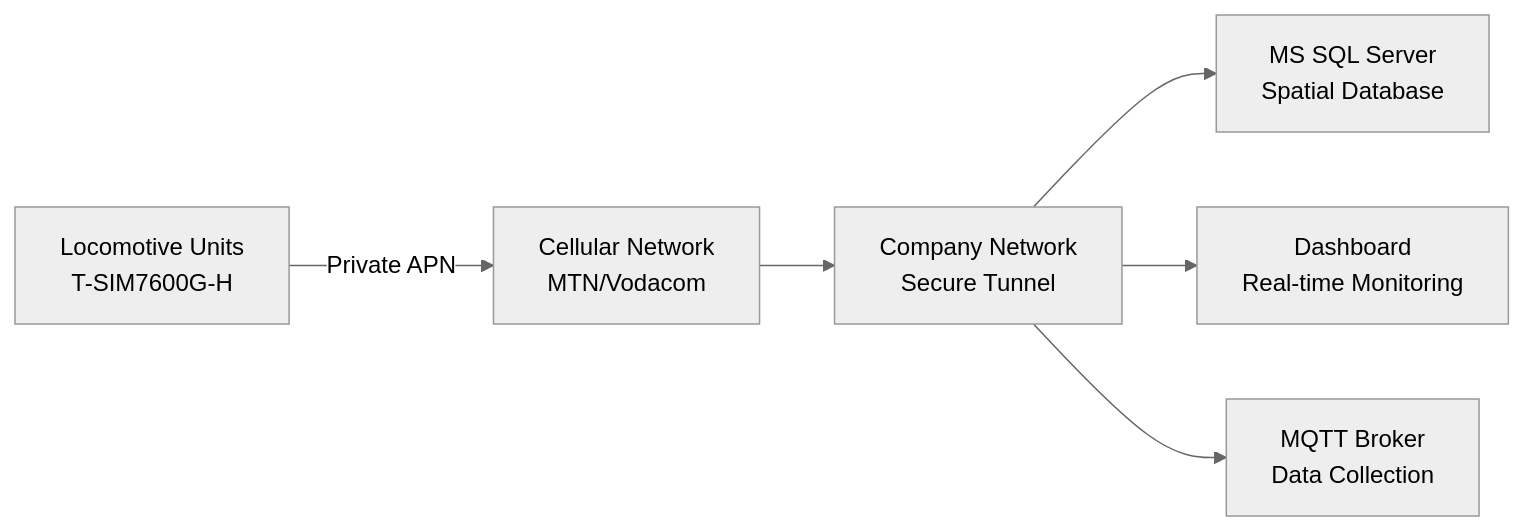
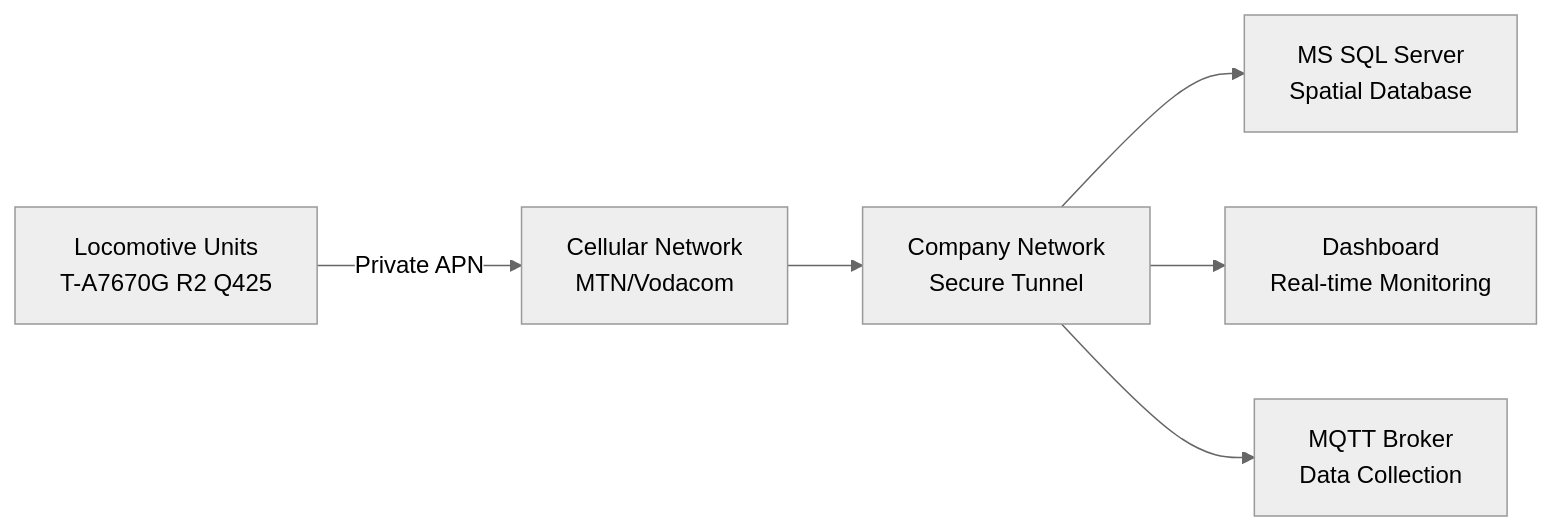
The first of 9 diagrams in docs/executive-summary.md (transnet-eduard-reitmann/locomotive-tracking-unit), drawn with Mermaid (neutral theme) before and after one commit. The commit also changed other lines of this file and 20 other files, not shown here.

````diff
--- a/docs/executive-summary.md
+++ b/docs/executive-summary.md
@@ -34,8 +34,8 @@
 ```mermaid
 graph LR
-    A[Locomotive Units<br/>T-SIM7600G-H] -->|Private APN| B[Cellular Network<br/>MTN/Vodacom]
+    A[Locomotive Units<br/>T-A7670G R2 Q425] -->|Private APN| B[Cellular Network<br/>MTN/Vodacom]
     B --> C[Company Network<br/>Secure Tunnel]
     C --> D[MS SQL Server<br/>Spatial Database]
     C --> E[Dashboard<br/>Real-time Monitoring]
     C --> F[MQTT Broker<br/>Data Collection]
 ```
````
